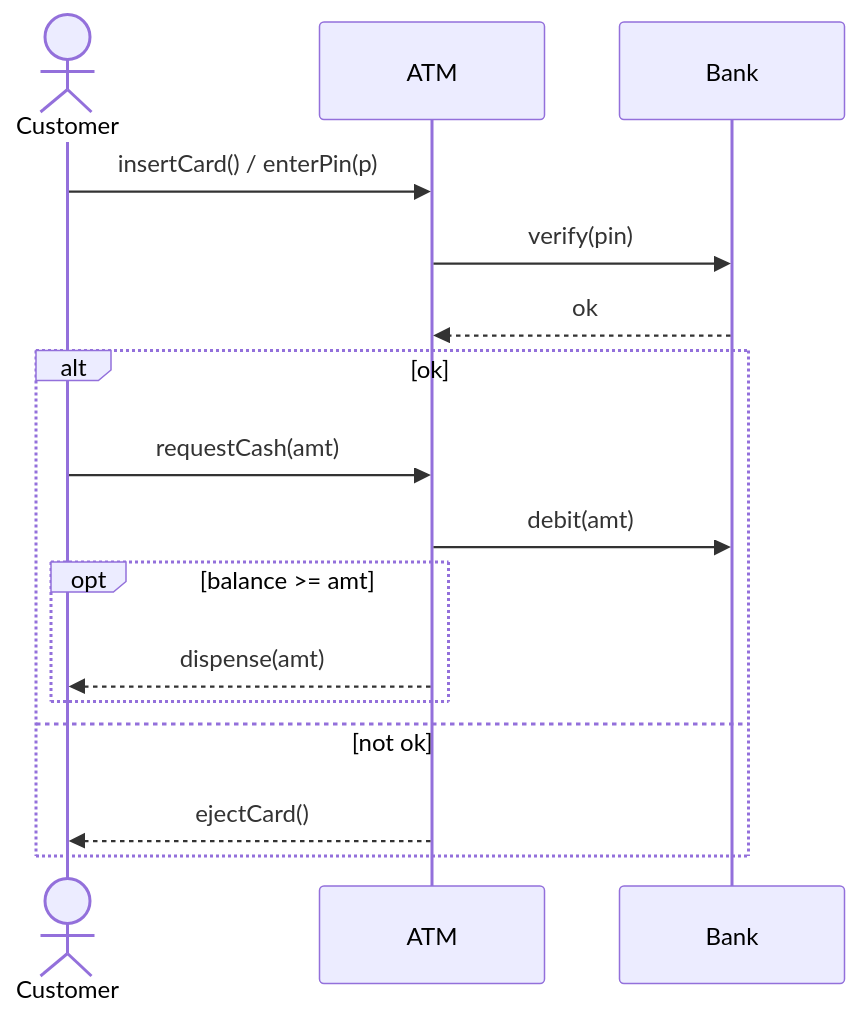
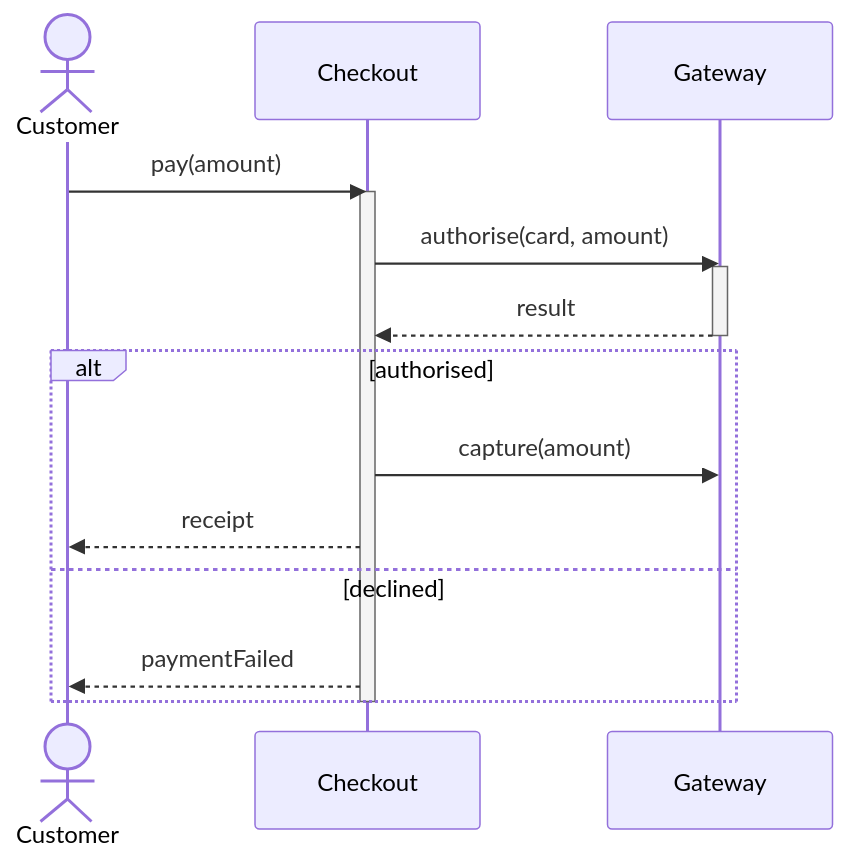
Before and after one commit to klesajos/grimoire: the diagram in plugins/archmage/skills/uml/reference/interaction-diagrams.md, drawn with Mermaid. The commit also changed other lines of this file and 85 other files, not shown here.

First line of the commit message:
Illustrate archmage reference files with example diagrams

````diff
--- a/plugins/archmage/skills/uml/reference/interaction-diagrams.md
+++ b/plugins/archmage/skills/uml/reference/interaction-diagrams.md
@@ -67,18 +74,19 @@
 ```mermaid
 sequenceDiagram
     actor Customer
-    participant ATM
-    participant Bank
-    Customer->>ATM: insertCard() / enterPin(p)
-    ATM->>Bank: verify(pin)
-    Bank-->>ATM: ok
-    alt ok
-        Customer->>ATM: requestCash(amt)
-        ATM->>Bank: debit(amt)
-        opt balance >= amt
-            ATM-->>Customer: dispense(amt)
-        end
-    else not ok
-        ATM-->>Customer: ejectCard()
+    participant Checkout
+    participant Gateway
+    Customer->>Checkout: pay(amount)
+    activate Checkout
+    Checkout->>Gateway: authorise(card, amount)
+    activate Gateway
+    Gateway-->>Checkout: result
+    deactivate Gateway
+    alt authorised
+        Checkout->>Gateway: capture(amount)
+        Checkout-->>Customer: receipt
+    else declined
+        Checkout-->>Customer: paymentFailed
     end
+    deactivate Checkout
 ```
````
